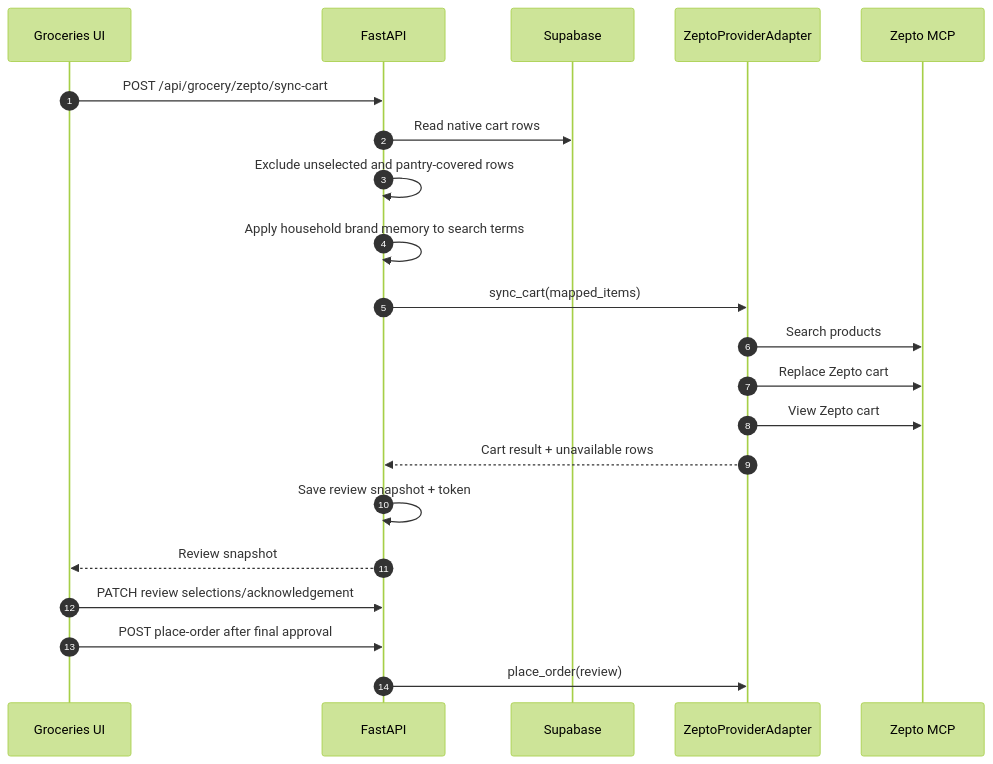
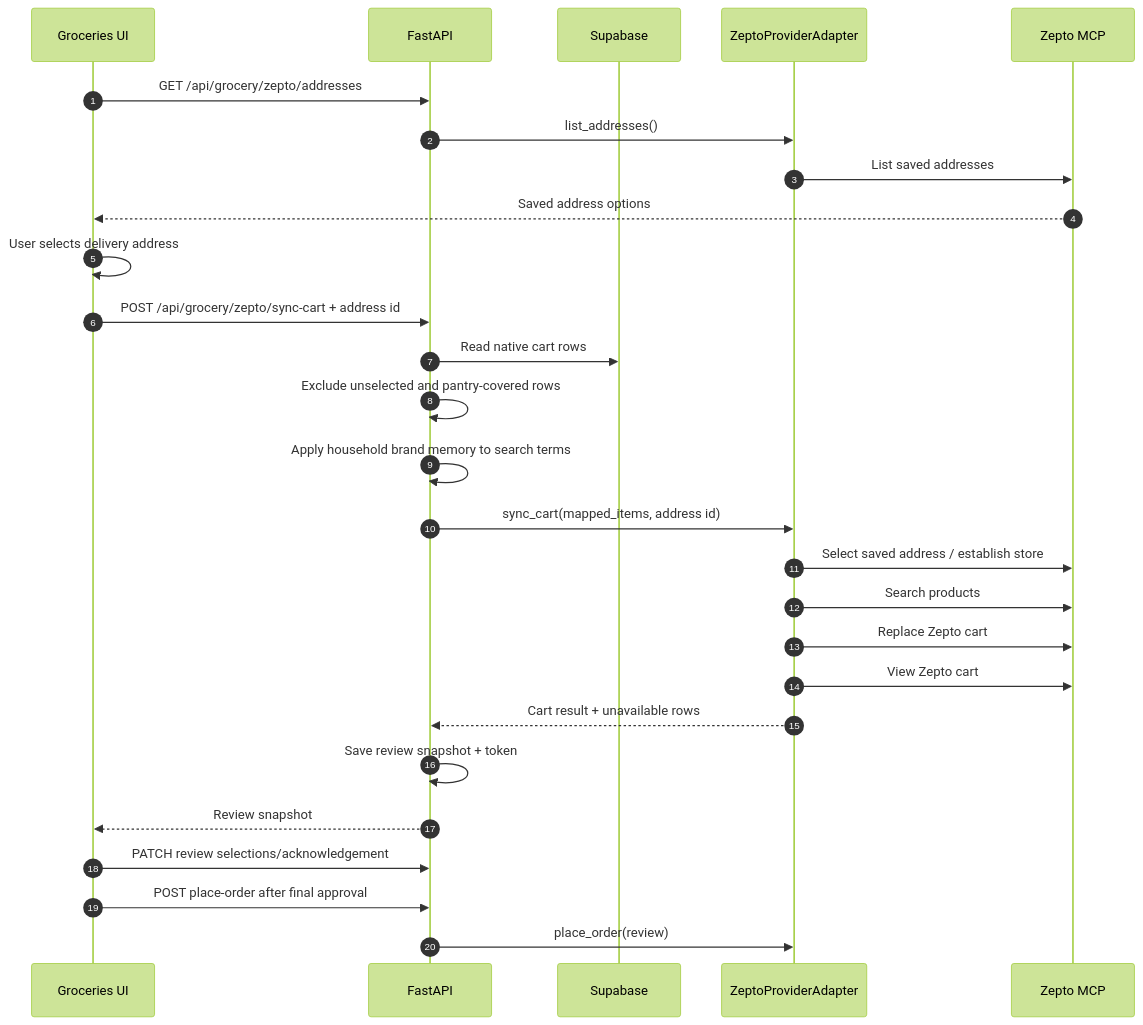
The second of 2 diagrams in docs/current_architecture.md (architworks/meal_and_grocery_agent), drawn with Mermaid (forest theme) before and after one commit. The commit also changed other lines of this file and 11 other files, not shown here.

First line of the commit message:
[fix] Establish Zepto store context before cart sync

````diff
--- a/docs/current_architecture.md
+++ b/docs/current_architecture.md
@@ -249,24 +250,30 @@
 ```mermaid
 sequenceDiagram
     autonumber
     participant UI as Groceries UI
     participant API as FastAPI
     participant DB as Supabase
     participant Adapter as ZeptoProviderAdapter
     participant MCP as Zepto MCP
 
-    UI->>API: POST /api/grocery/zepto/sync-cart
+    UI->>API: GET /api/grocery/zepto/addresses
+    API->>Adapter: list_addresses()
+    Adapter->>MCP: List saved addresses
+    MCP-->>UI: Saved address options
+    UI->>UI: User selects delivery address
+    UI->>API: POST /api/grocery/zepto/sync-cart + address id
     API->>DB: Read native cart rows
     API->>API: Exclude unselected and pantry-covered rows
     API->>API: Apply household brand memory to search terms
-    API->>Adapter: sync_cart(mapped_items)
+    API->>Adapter: sync_cart(mapped_items, address id)
+    Adapter->>MCP: Select saved address / establish store
     Adapter->>MCP: Search products
     Adapter->>MCP: Replace Zepto cart
     Adapter->>MCP: View Zepto cart
     Adapter-->>API: Cart result + unavailable rows
     API->>API: Save review snapshot + token
     API-->>UI: Review snapshot
     UI->>API: PATCH review selections/acknowledgement
     UI->>API: POST place-order after final approval
     API->>Adapter: place_order(review)
 ```
````
